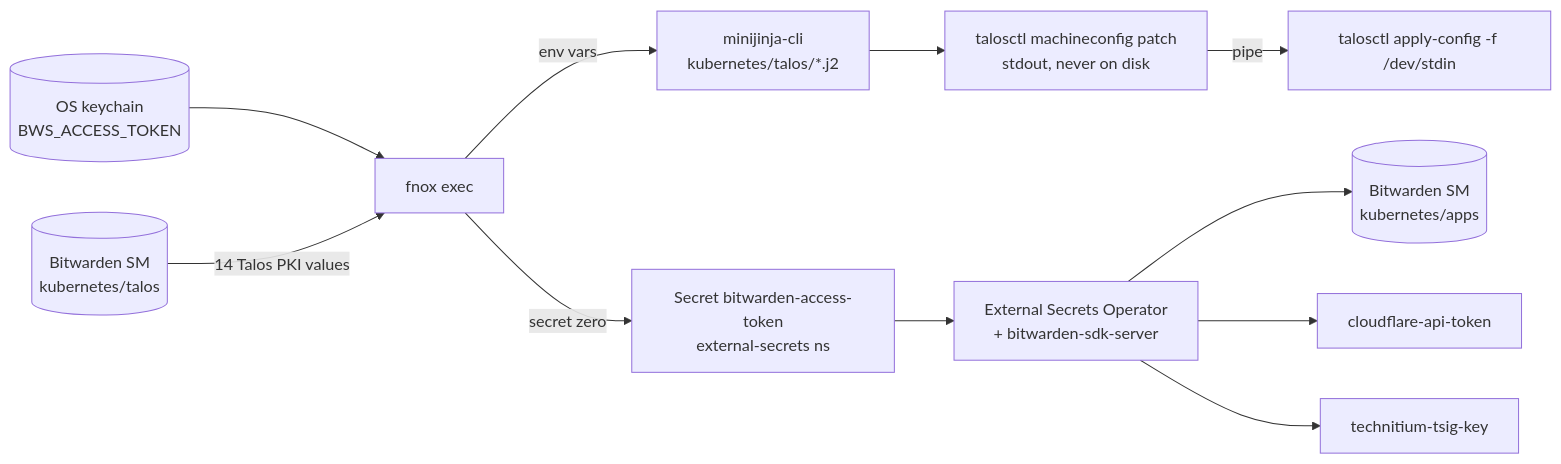
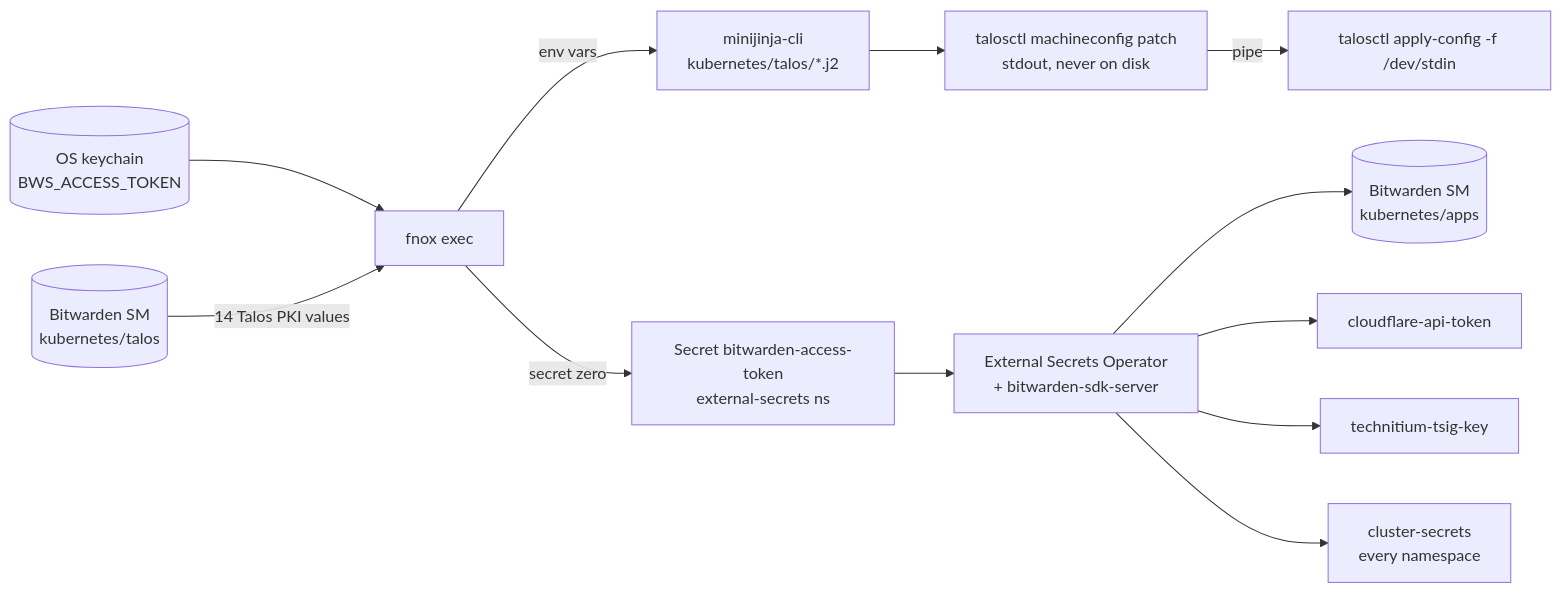
One commit to d1ll3x/home-ops changed the first of 2 diagrams in docs/design.md. Above: the diagram before and after it, drawn with Mermaid. The commit also changed other lines of this file and 2 other files, not shown here.

````diff
--- a/docs/design.md
+++ b/docs/design.md
@@ -89,15 +90,16 @@
 ```mermaid
 graph LR
   KC[(OS keychain<br/>BWS_ACCESS_TOKEN)]
   BW[(Bitwarden SM<br/>kubernetes/talos)]
   KC --> FNOX[fnox exec]
   BW -- "14 Talos PKI values" --> FNOX
   FNOX -- "env vars" --> MJ[minijinja-cli<br/>kubernetes/talos/*.j2]
   MJ --> R[talosctl machineconfig patch<br/>stdout, never on disk]
   R -- "pipe" --> TC[talosctl apply-config -f /dev/stdin]
   FNOX -- "secret zero" --> K8S[Secret bitwarden-access-token<br/>external-secrets ns]
   K8S --> ESO[External Secrets Operator<br/>+ bitwarden-sdk-server]
   ESO --> BWA[(Bitwarden SM<br/>kubernetes/apps)]
   ESO --> S1[cloudflare-api-token]
   ESO --> S2[technitium-tsig-key]
+  ESO --> S3[cluster-secrets<br/>every namespace]
 ```
````
